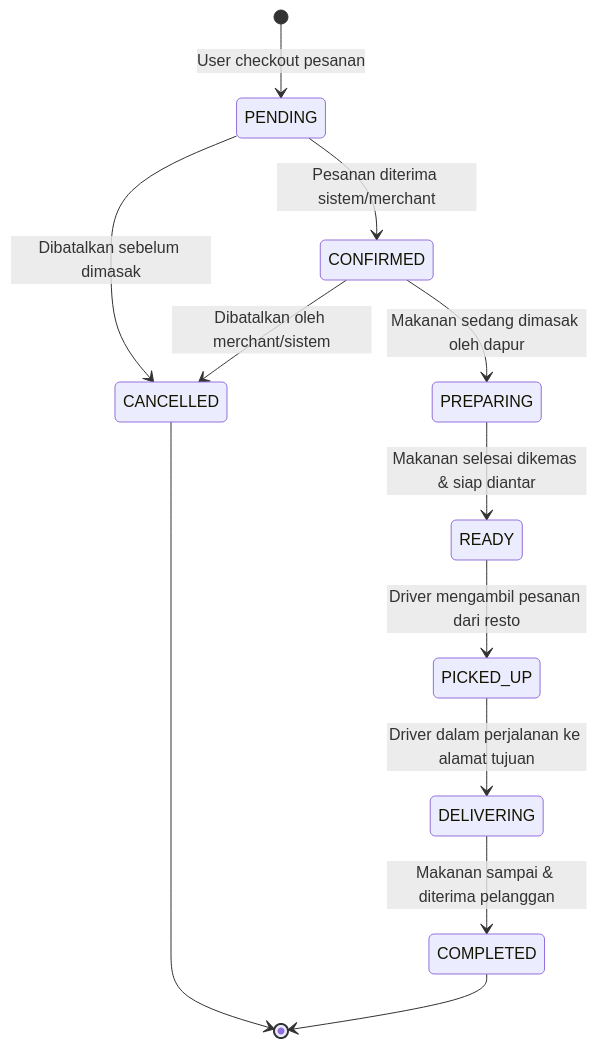
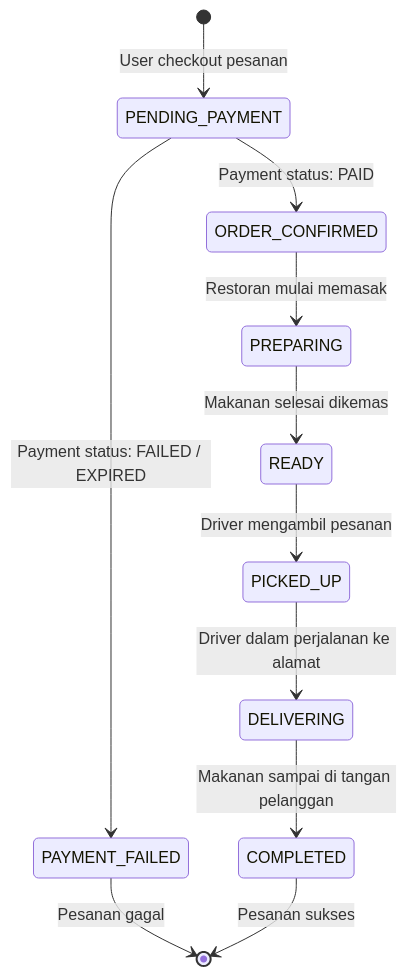
The third of 5 diagrams in docs/02_ALUR_FLOW_APLIKASI.md (inii-man/gofood-clone-day1), drawn with Mermaid before and after one commit. The commit also changed other lines of this file and 34 other files, not shown here.

````diff
--- a/docs/02_ALUR_FLOW_APLIKASI.md
+++ b/docs/02_ALUR_FLOW_APLIKASI.md
@@ -79,15 +98,16 @@
 ```mermaid
 stateDiagram-v2
-    [*] --> PENDING : User checkout pesanan
-    PENDING --> CONFIRMED : Pesanan diterima sistem/merchant
-    CONFIRMED --> PREPARING : Makanan sedang dimasak oleh dapur
-    PREPARING --> READY : Makanan selesai dikemas & siap diantar
-    READY --> PICKED_UP : Driver mengambil pesanan dari resto
-    PICKED_UP --> DELIVERING : Driver dalam perjalanan ke alamat tujuan
-    DELIVERING --> COMPLETED : Makanan sampai & diterima pelanggan
+    [*] --> PENDING_PAYMENT : User checkout pesanan
     
-    PENDING --> CANCELLED : Dibatalkan sebelum dimasak
-    CONFIRMED --> CANCELLED : Dibatalkan oleh merchant/sistem
-    CANCELLED --> [*]
-    COMPLETED --> [*]
+    PENDING_PAYMENT --> ORDER_CONFIRMED : Payment status: PAID
+    PENDING_PAYMENT --> PAYMENT_FAILED : Payment status: FAILED / EXPIRED
+    
+    ORDER_CONFIRMED --> PREPARING : Restoran mulai memasak
+    PREPARING --> READY : Makanan selesai dikemas
+    READY --> PICKED_UP : Driver mengambil pesanan
+    PICKED_UP --> DELIVERING : Driver dalam perjalanan ke alamat
+    DELIVERING --> COMPLETED : Makanan sampai di tangan pelanggan
+    
+    PAYMENT_FAILED --> [*] : Pesanan gagal
+    COMPLETED --> [*] : Pesanan sukses
 ```
````
